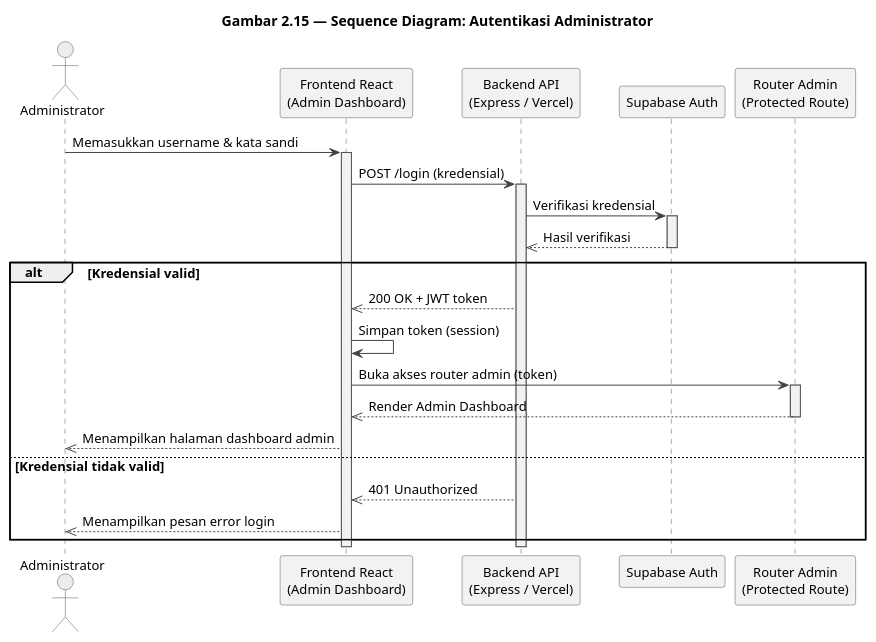
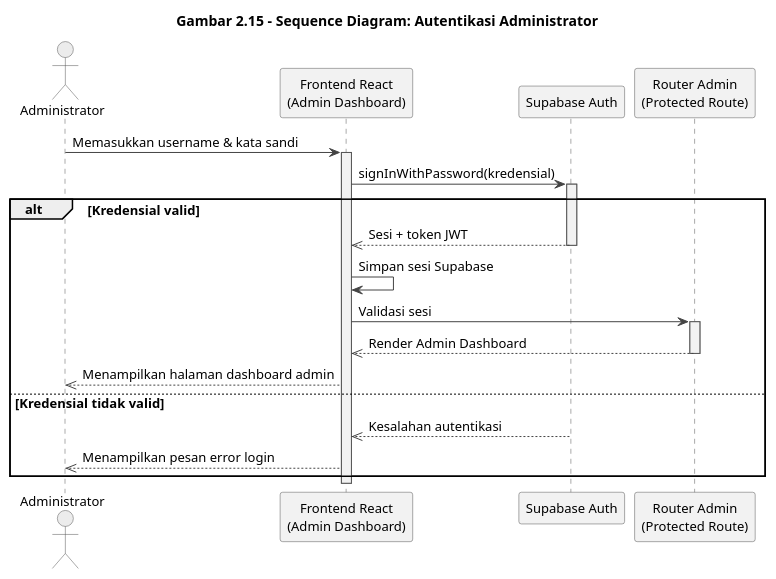
Before and after one commit to Jokskuyy/workflow-ta-proyek: the diagram in diagrams/gambar-2.15-sequence-autentikasi-admin.puml, drawn with PlantUML. The commit also changed 99 other files, not shown here.

```diff
--- a/diagrams/gambar-2.15-sequence-autentikasi-admin.puml
+++ b/diagrams/gambar-2.15-sequence-autentikasi-admin.puml
@@ -1,53 +1,49 @@
 @startuml gambar-2-15-sequence-autentikasi-admin
 ' Gambar 2.15 - Sequence Diagram: Autentikasi Administrator
 ' Sumber: BAB II - 2.3.3 Sequence Diagram (a)
 
 skinparam backgroundColor #FFFFFF
 skinparam shadowing false
 skinparam defaultFontName "Segoe UI"
 skinparam defaultFontSize 13
 skinparam sequenceArrowColor #444444
 skinparam sequenceLifeLineBorderColor #555555
 skinparam sequenceLifeLineBackgroundColor #F2F2F2
 skinparam participant {
   BackgroundColor #F2F2F2
   BorderColor #555555
 }
 skinparam actor {
   BackgroundColor #ECECEC
   BorderColor #555555
 }
 
-title Gambar 2.15 — Sequence Diagram: Autentikasi Administrator
+title Gambar 2.15 - Sequence Diagram: Autentikasi Administrator
 
 actor "Administrator" as Admin
 participant "Frontend React\n(Admin Dashboard)" as FE
-participant "Backend API\n(Express / Vercel)" as API
 participant "Supabase Auth" as Auth
 participant "Router Admin\n(Protected Route)" as Router
 
 Admin -> FE : Memasukkan username & kata sandi
 activate FE
-FE -> API : POST /login (kredensial)
-activate API
-API -> Auth : Verifikasi kredensial
+FE -> Auth : signInWithPassword(kredensial)
 activate Auth
-Auth -->> API : Hasil verifikasi
-deactivate Auth
 
 alt Kredensial valid
-  API -->> FE : 200 OK + JWT token
-  FE -> FE : Simpan token (session)
-  FE -> Router : Buka akses router admin (token)
+  Auth -->> FE : Sesi + token JWT
+  deactivate Auth
+  FE -> FE : Simpan sesi Supabase
+  FE -> Router : Validasi sesi
   activate Router
   Router -->> FE : Render Admin Dashboard
   deactivate Router
   FE -->> Admin : Menampilkan halaman dashboard admin
 else Kredensial tidak valid
-  API -->> FE : 401 Unauthorized
+  Auth -->> FE : Kesalahan autentikasi
+  deactivate Auth
   FE -->> Admin : Menampilkan pesan error login
 end
-deactivate API
 deactivate FE
 
 @enduml
```
